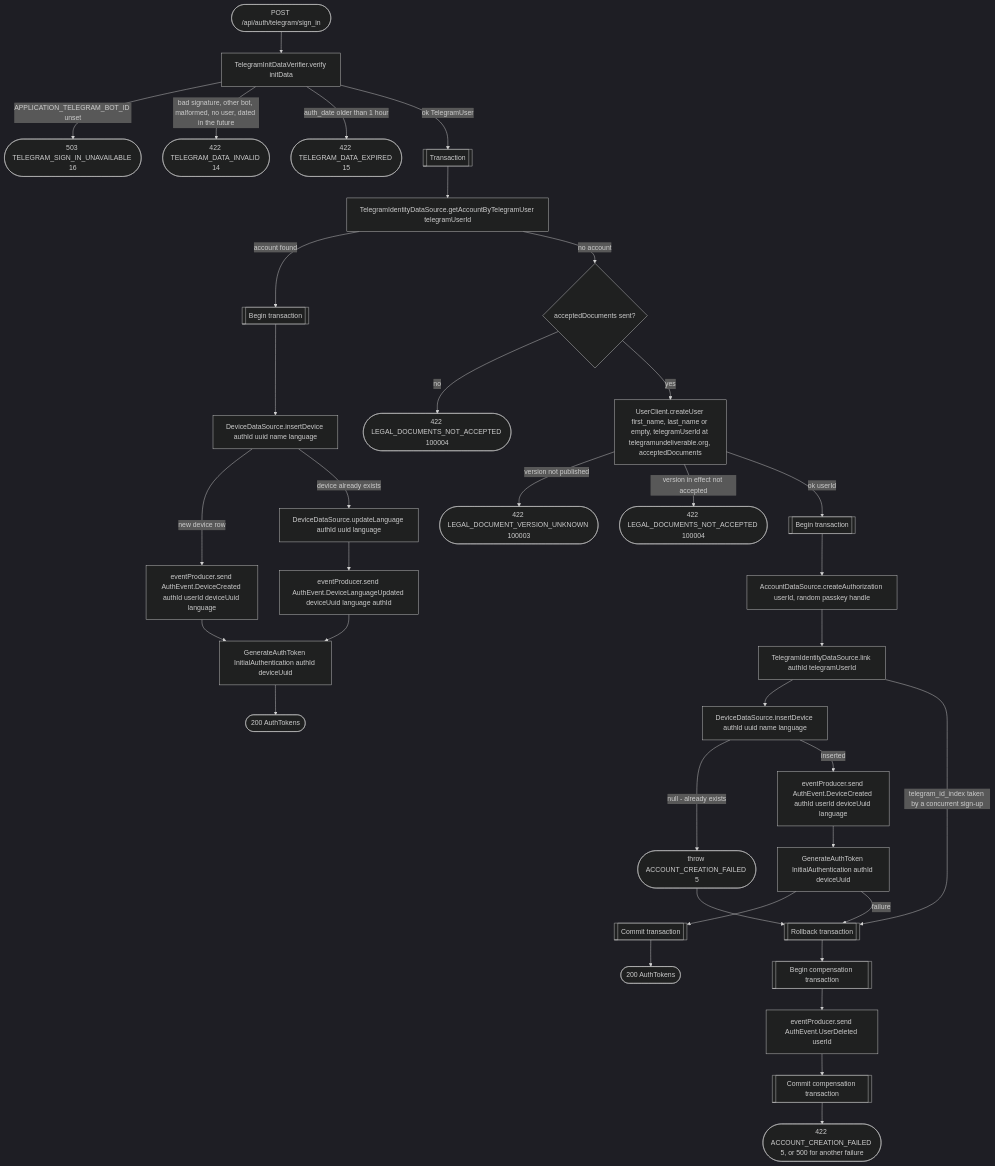
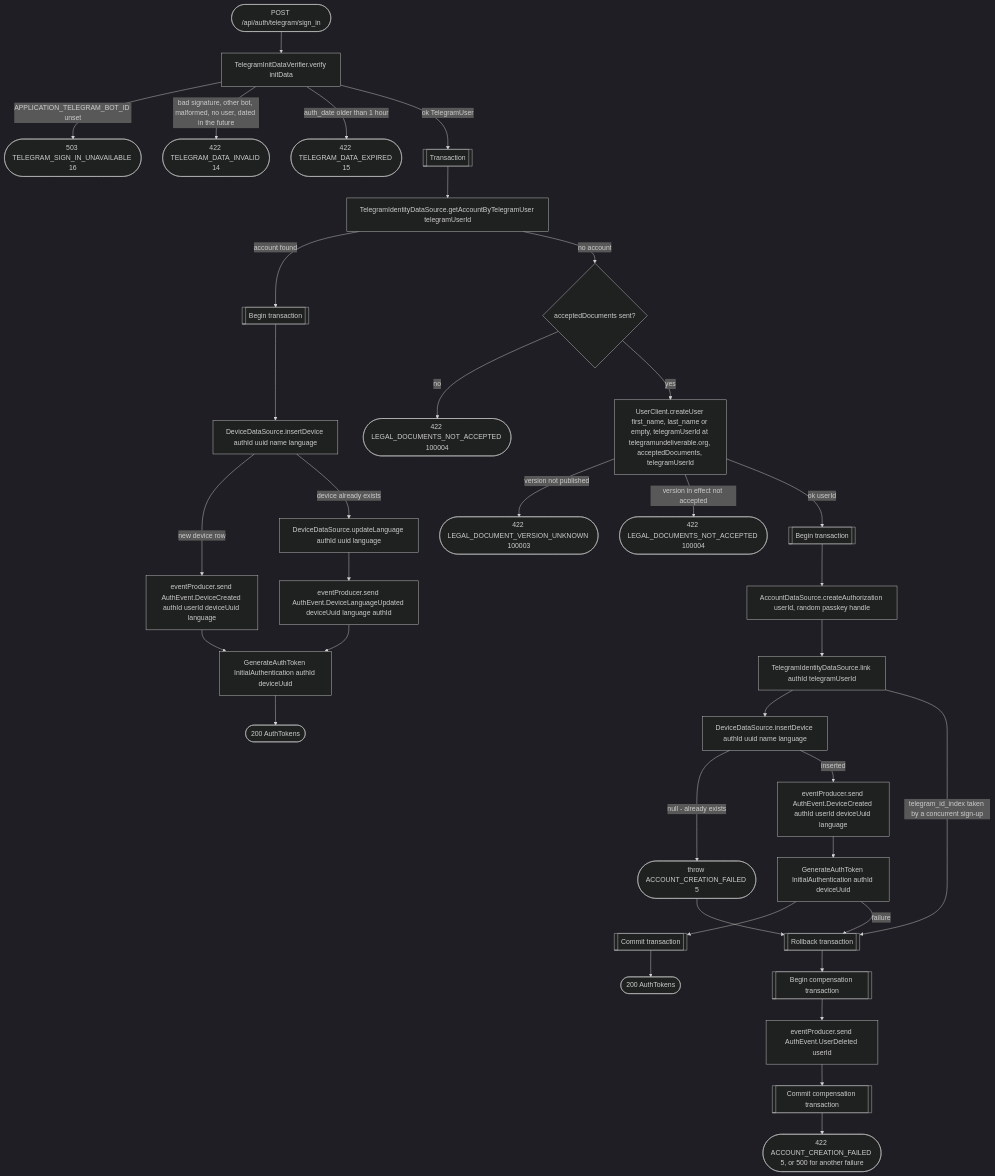
Before and after one commit to nocturneproperties/bookkme: the diagram in docs/operations/authorization/telegram-sign-in.md, drawn with Mermaid (dark theme). The commit also changed other lines of this file and 39 other files, not shown here.

````diff
--- a/docs/operations/authorization/telegram-sign-in.md
+++ b/docs/operations/authorization/telegram-sign-in.md
@@ -12,36 +15,36 @@
 ```mermaid
 flowchart TD
     Start([POST /api/auth/telegram/sign_in]) --> Verify[TelegramInitDataVerifier.verify initData]
     Verify -- APPLICATION_TELEGRAM_BOT_ID unset --> R503([503 TELEGRAM_SIGN_IN_UNAVAILABLE 16])
     Verify -- bad signature, other bot, malformed, no user, dated in the future --> R422a([422 TELEGRAM_DATA_INVALID 14])
     Verify -- auth_date older than 1 hour --> R422b([422 TELEGRAM_DATA_EXPIRED 15])
     Verify -- ok TelegramUser --> Find[[Transaction]] --> Lookup[TelegramIdentityDataSource.getAccountByTelegramUser telegramUserId]
     Lookup -- account found --> STx[[Begin transaction]]
     STx --> InsertDevice[DeviceDataSource.insertDevice authId uuid name language]
     InsertDevice -- new device row --> DeviceCreatedEvt[eventProducer.send AuthEvent.DeviceCreated authId userId deviceUuid language]
     InsertDevice -- device already exists --> UpdateLang[DeviceDataSource.updateLanguage authId uuid language]
     UpdateLang --> LangEvt[eventProducer.send AuthEvent.DeviceLanguageUpdated deviceUuid language authId]
     DeviceCreatedEvt --> GenToken[GenerateAuthToken InitialAuthentication authId deviceUuid]
     LangEvt --> GenToken
     GenToken --> R200a([200 AuthTokens])
     Lookup -- no account --> Docs{acceptedDocuments sent?}
     Docs -- no --> R422f([422 LEGAL_DOCUMENTS_NOT_ACCEPTED 100004])
-    Docs -- yes --> CreateUser[UserClient.createUser first_name, last_name or empty, telegramUserId at telegramundeliverable.org, acceptedDocuments]
+    Docs -- yes --> CreateUser[UserClient.createUser first_name, last_name or empty, telegramUserId at telegramundeliverable.org, acceptedDocuments, telegramUserId]
     CreateUser -- version not published --> R422c([422 LEGAL_DOCUMENT_VERSION_UNKNOWN 100003])
     CreateUser -- version in effect not accepted --> R422d([422 LEGAL_DOCUMENTS_NOT_ACCEPTED 100004])
     CreateUser -- ok userId --> Tx[[Begin transaction]]
     Tx --> CreateAuth[AccountDataSource.createAuthorization userId, random passkey handle]
     CreateAuth --> Link[TelegramIdentityDataSource.link authId telegramUserId]
     Link --> NewDevice[DeviceDataSource.insertDevice authId uuid name language]
     NewDevice -- null - already exists --> Fail([throw ACCOUNT_CREATION_FAILED 5])
     NewDevice -- inserted --> NewDeviceEvt[eventProducer.send AuthEvent.DeviceCreated authId userId deviceUuid language]
     NewDeviceEvt --> NewToken[GenerateAuthToken InitialAuthentication authId deviceUuid]
     NewToken --> TxEnd[[Commit transaction]] --> R200b([200 AuthTokens])
     Link -- telegram_id_index taken by a concurrent sign-up --> Rollback
     NewToken -- failure --> Rollback
     Fail --> Rollback[[Rollback transaction]]
     Rollback --> CompTx[[Begin compensation transaction]]
     CompTx --> Compensate[eventProducer.send AuthEvent.UserDeleted userId]
     Compensate --> CompEnd[[Commit compensation transaction]]
     CompEnd --> R422e([422 ACCOUNT_CREATION_FAILED 5, or 500 for another failure])
 ```
````
